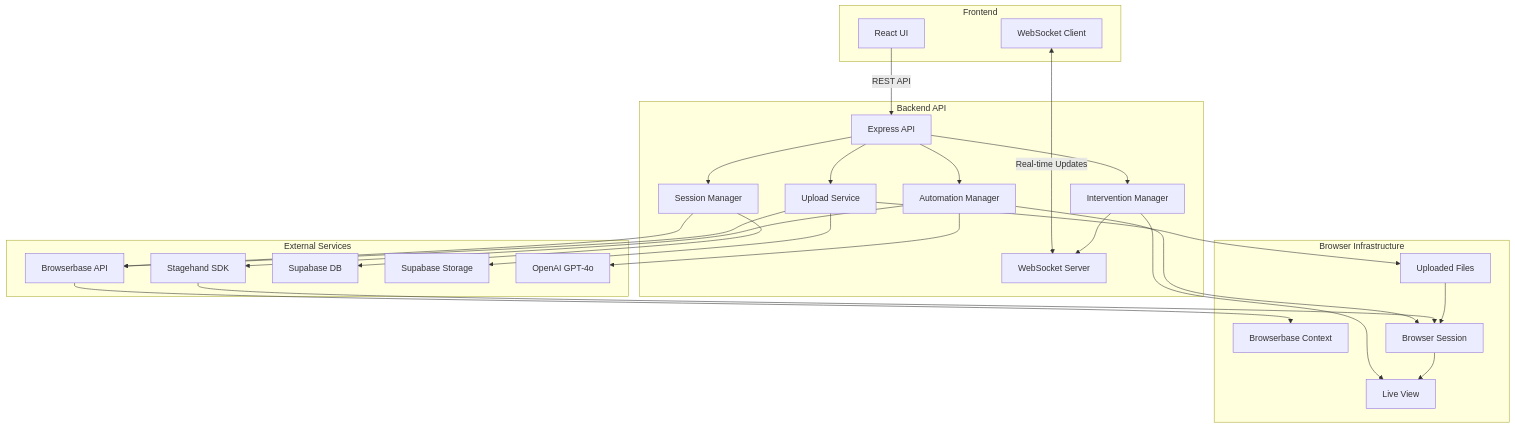
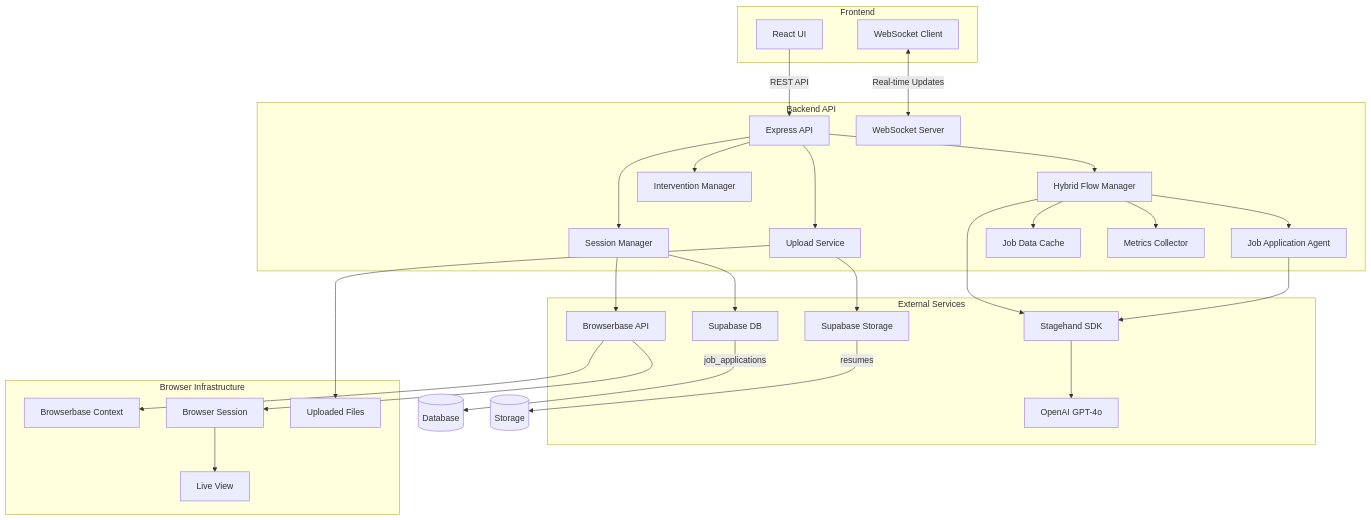
One commit to usmanomer1/joboticbackend changed the diagram in docs/linkedin-automation-architecture.md. Above: the diagram before and after it, drawn with Mermaid. The commit also changed other lines of this file and 12 other files, not shown here.

````diff
--- a/docs/linkedin-automation-architecture.md
+++ b/docs/linkedin-automation-architecture.md
@@ -9,57 +18,62 @@
 ```mermaid
 graph TB
     subgraph "Frontend"
         UI[React UI]
         WS[WebSocket Client]
     end
     
     subgraph "Backend API"
         API[Express API]
         WSS[WebSocket Server]
         SM[Session Manager]
-        AM[Automation Manager]
+        HF[Hybrid Flow Manager]
+        JA[Job Application Agent]
         IM[Intervention Manager]
         US[Upload Service]
+        JC[Job Data Cache]
+        MT[Metrics Collector]
     end
     
     subgraph "External Services"
         BB[Browserbase API]
         SH[Stagehand SDK]
         SUP[Supabase DB]
         SS[Supabase Storage]
         OAI[OpenAI GPT-4o]
     end
     
     subgraph "Browser Infrastructure"
         BC[Browserbase Context]
         BS[Browser Session]
         LV[Live View]
         UF[Uploaded Files]
     end
     
     UI -->|REST API| API
     WS <-->|Real-time Updates| WSS
     API --> SM
-    API --> AM
+    API --> HF
     API --> IM
     API --> US
+    
+    HF --> JA
+    HF --> JC
+    HF --> MT
     
     SM --> BB
     SM --> SUP
     
-    AM --> SH
-    AM --> BS
-    AM --> OAI
-    
-    IM --> LV
-    IM --> WSS
+    HF --> SH
+    JA --> SH
+    SH --> OAI
     
     US --> SS
-    US --> BB
     US --> UF
     
     BB --> BC
-    SH --> BS
+    BB --> BS
     BS --> LV
-    UF --> BS
+    
+    SUP -->|job_applications| DB[(Database)]
+    SS -->|resumes| ST[(Storage)]
 ```
````
